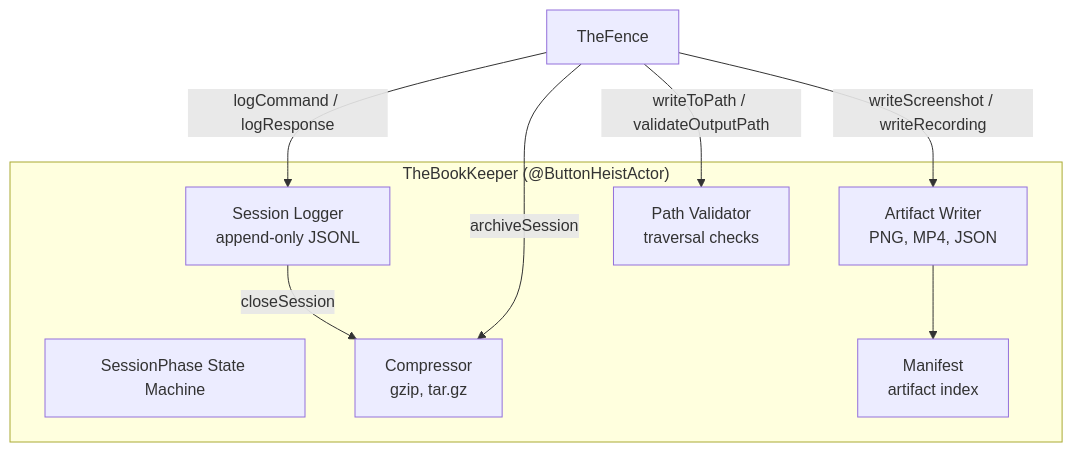
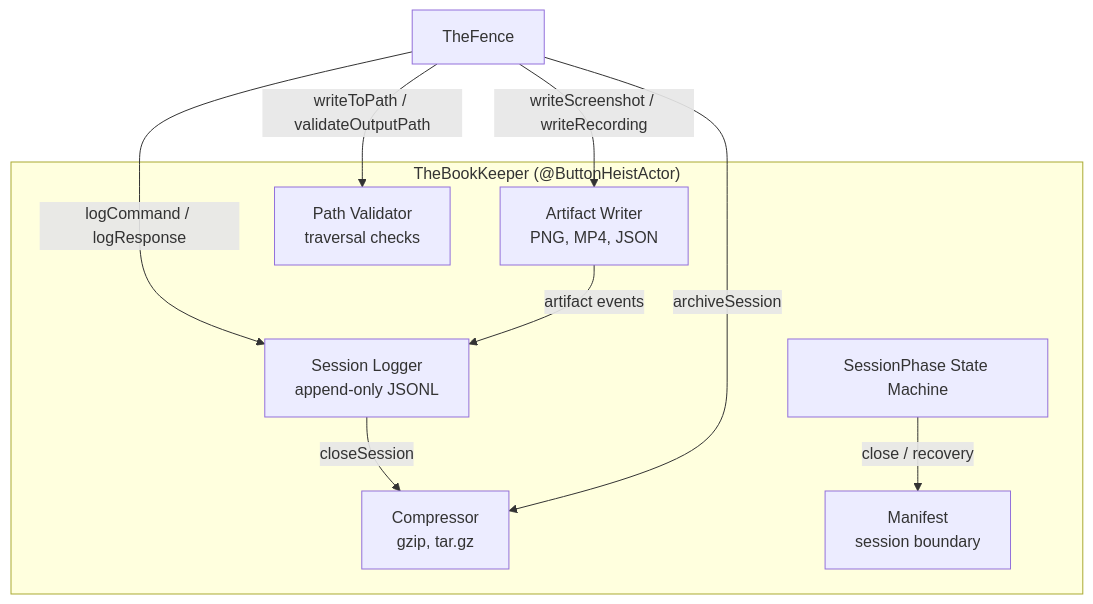
One commit to RoyalPineapple/TheButtonHeist changed the first of 2 diagrams in docs/dossiers/05-THEBOOKKEEPER.md. Above: the diagram before and after it, drawn with Mermaid. The commit also changed other lines of this file and 9 other files, not shown here.

````diff
--- a/docs/dossiers/05-THEBOOKKEEPER.md
+++ b/docs/dossiers/05-THEBOOKKEEPER.md
@@ -24,18 +24,19 @@
 ```mermaid
 graph TD
     subgraph BookKeeper["TheBookKeeper (@ButtonHeistActor)"]
         Session["SessionPhase State Machine"]
         Logger["Session Logger<br/>append-only JSONL"]
         Writer["Artifact Writer<br/>PNG, MP4, JSON"]
         Validator["Path Validator<br/>traversal checks"]
         Compressor["Compressor<br/>gzip, tar.gz"]
-        Manifest["Manifest<br/>artifact index"]
+        Manifest["Manifest<br/>session boundary"]
     end
 
     TheFence["TheFence"] -->|"logCommand / logResponse"| Logger
     TheFence -->|"writeScreenshot / writeRecording"| Writer
     TheFence -->|"writeToPath / validateOutputPath"| Validator
-    Writer --> Manifest
+    Writer -->|"artifact events"| Logger
+    Session -->|"close / recovery"| Manifest
     Logger -->|"closeSession"| Compressor
     TheFence -->|"archiveSession"| Compressor
 ```
````
